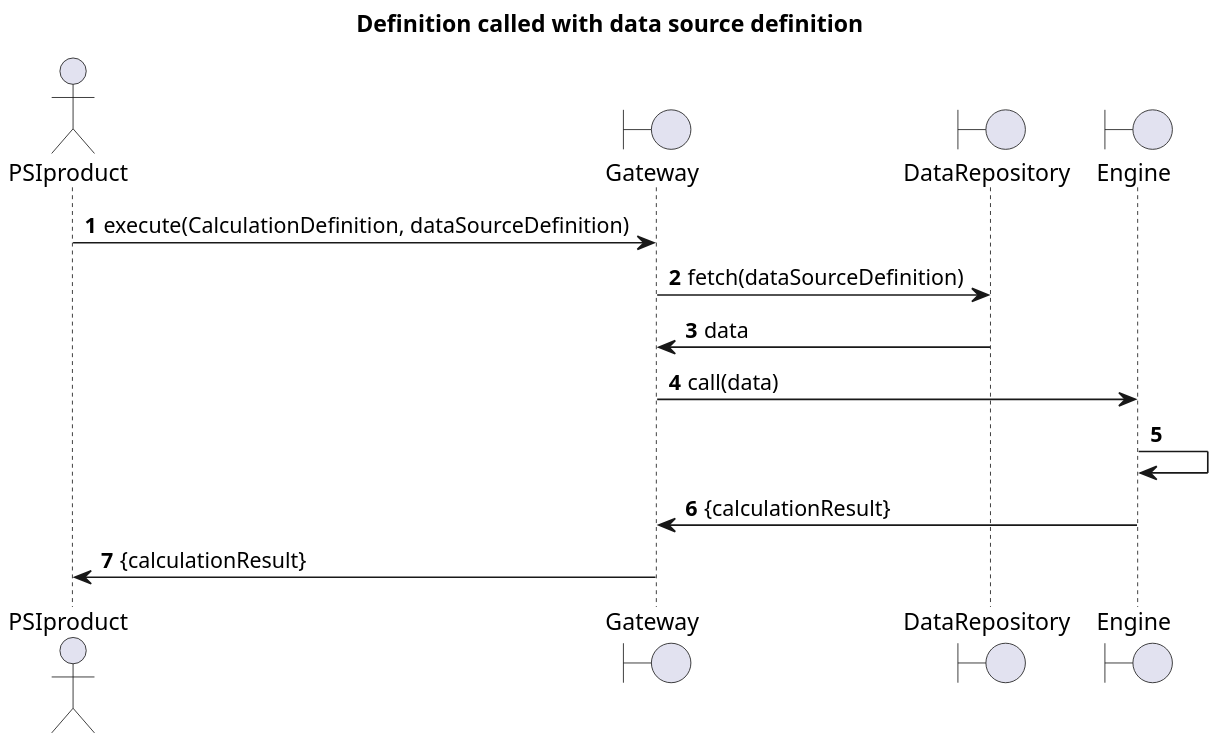
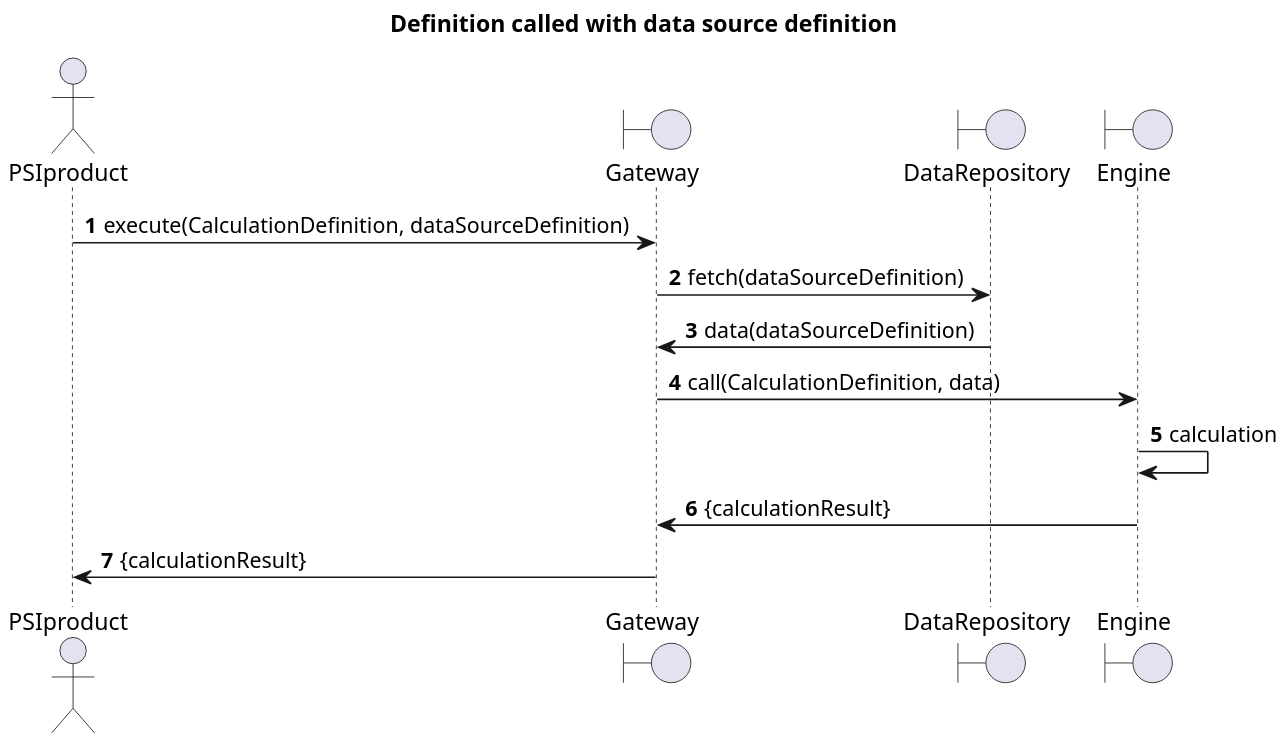
Before and after one commit to PSI-Polska/aaas-java6: the diagram in doc/useCases/3.2 definitionWithDataFetched.plantuml, drawn with PlantUML. The commit also changed 13 other files, not shown here.

```diff
--- a/doc/useCases/3.2 definitionWithDataFetched.plantuml
+++ b/doc/useCases/3.2 definitionWithDataFetched.plantuml
@@ -1,20 +1,21 @@
 @startuml
 skinparam dpi 200
+skinparam backgroundColor transparent
 
 title Definition called with data source definition
 
 actor PSIproduct
 boundary Gateway
 boundary DataRepository as Repo
 boundary Engine as Engine
 
 autonumber
 PSIproduct -> Gateway: execute(CalculationDefinition, dataSourceDefinition)
 Gateway -> Repo: fetch(dataSourceDefinition)
-Repo -> Gateway: data
-Gateway -> Engine: call(data)
-Engine -> Engine
+Repo -> Gateway: data(dataSourceDefinition)
+Gateway -> Engine: call(CalculationDefinition, data)
+Engine -> Engine: calculation
 Engine -> Gateway: {calculationResult}
 Gateway -> PSIproduct: {calculationResult}
 
 @enduml
```
